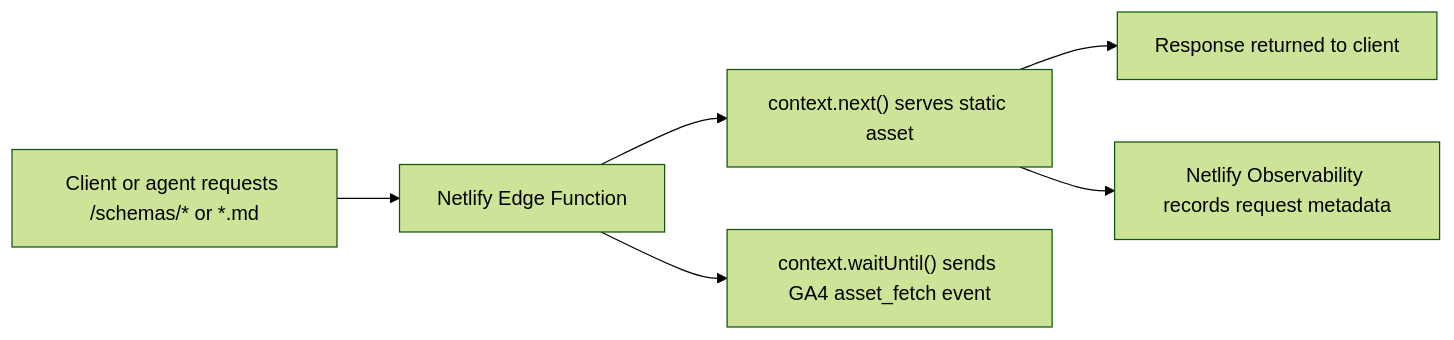
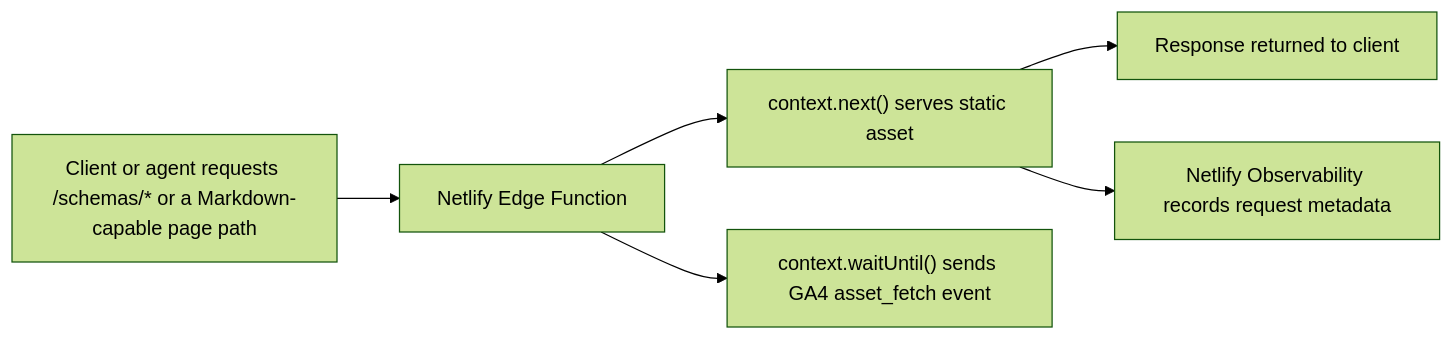
The diagram in projects/2026/asset-fetch-analytics.plan.md (open-telemetry/opentelemetry.io), drawn with Mermaid (forest theme) before and after one commit. The commit also changed other lines of this file and 1 other file, not shown here.

````diff
--- a/projects/2026/asset-fetch-analytics.plan.md
+++ b/projects/2026/asset-fetch-analytics.plan.md
@@ -83,8 +88,8 @@
 ```mermaid
 flowchart LR
-  A["Client or agent requests /schemas/* or *.md"] --> B["Netlify Edge Function"]
+  A["Client or agent requests /schemas/* or a Markdown-capable page path"] --> B["Netlify Edge Function"]
   B --> C["context.next() serves static asset"]
   C --> D["Response returned to client"]
   B --> E["context.waitUntil() sends GA4 asset_fetch event"]
   C --> F["Netlify Observability records request metadata"]
 ```
````
